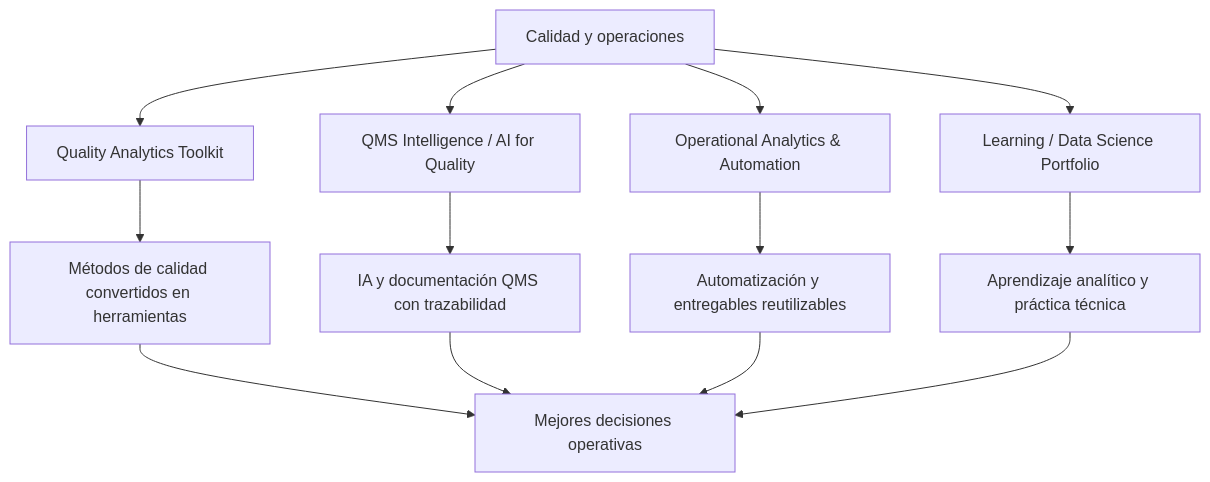
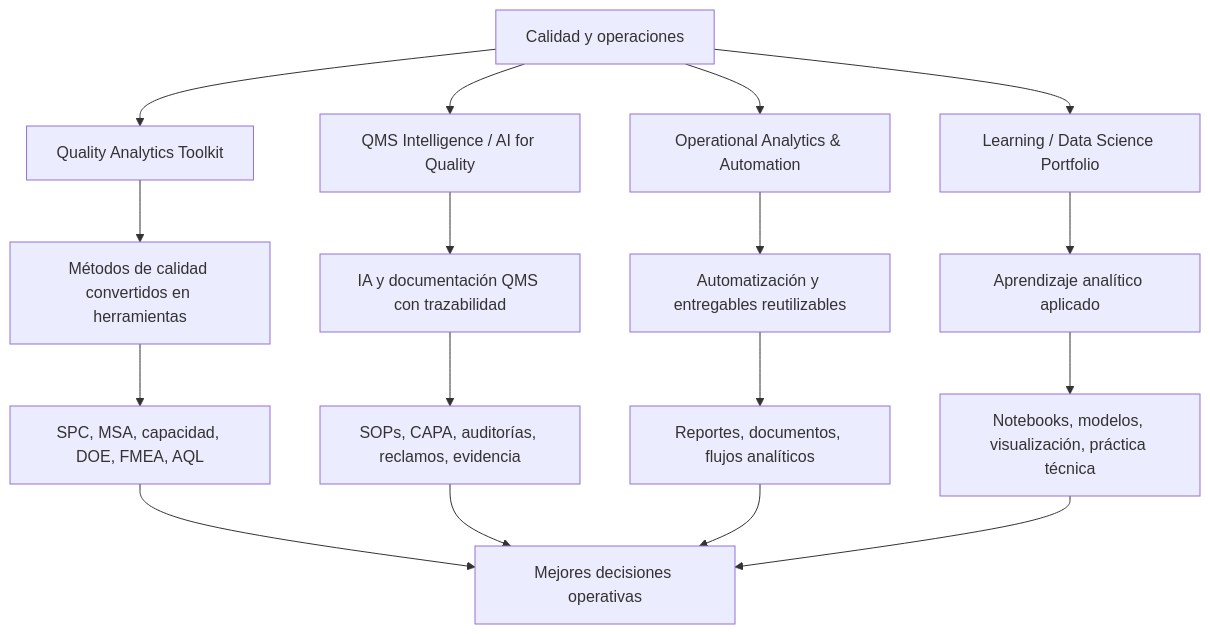
The second of 3 diagrams in README.md (fjgonzalezmgt/fjgonzalezmgt), drawn with Mermaid before and after one commit. The commit also changed other lines of this file, not shown here.

````diff
--- a/README.md
+++ b/README.md
@@ -103,17 +70,24 @@
 ```mermaid
 flowchart TD
     A[Calidad y operaciones] --> B[Quality Analytics Toolkit]
     A --> C[QMS Intelligence / AI for Quality]
     A --> D[Operational Analytics & Automation]
     A --> E[Learning / Data Science Portfolio]
 
-    B --> F[Métodos de calidad convertidos en herramientas]
-    C --> G[IA y documentación QMS con trazabilidad]
-    D --> H[Automatización y entregables reutilizables]
-    E --> I[Aprendizaje analítico y práctica técnica]
+    B --> B1[Métodos de calidad convertidos en herramientas]
+    B1 --> B2[SPC, MSA, capacidad, DOE, FMEA, AQL]
 
-    F --> J[Mejores decisiones operativas]
-    G --> J
-    H --> J
-    I --> J
+    C --> C1[IA y documentación QMS con trazabilidad]
+    C1 --> C2[SOPs, CAPA, auditorías, reclamos, evidencia]
+
+    D --> D1[Automatización y entregables reutilizables]
+    D1 --> D2[Reportes, documentos, flujos analíticos]
+
+    E --> E1[Aprendizaje analítico aplicado]
+    E1 --> E2[Notebooks, modelos, visualización, práctica técnica]
+
+    B2 --> F[Mejores decisiones operativas]
+    C2 --> F
+    D2 --> F
+    E2 --> F
 ```
````
